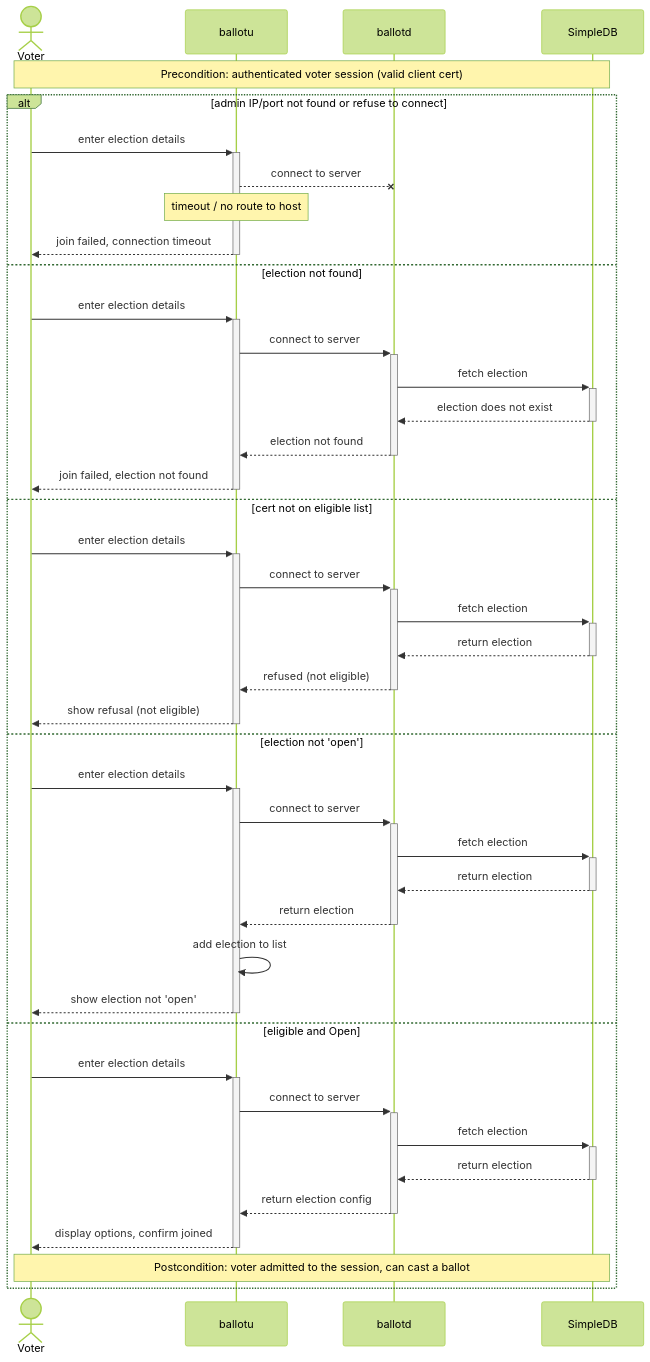
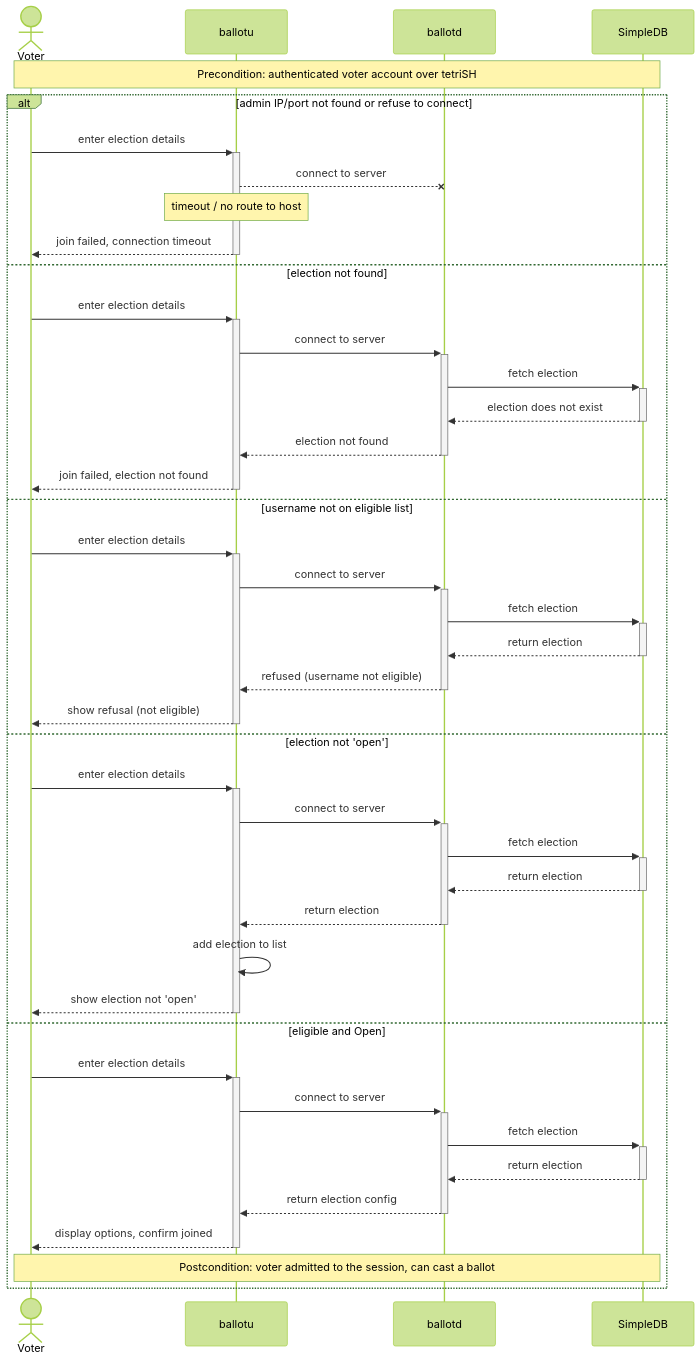
The third of 11 diagrams in README.md (JediNakDev/ballotbox), drawn with Mermaid (forest theme) before and after one commit. The commit also changed other lines of this file and 7 other files, not shown here.

````diff
--- a/README.md
+++ b/README.md
@@ -139,46 +150,46 @@
 ```mermaid
 sequenceDiagram
     actor Voter
     participant ballotu
     participant ballotd
     participant SimpleDB
 
-    note over Voter, SimpleDB: Precondition: authenticated voter session (valid client cert)
+    note over Voter, SimpleDB: Precondition: authenticated voter account over tetriSH
 
     alt admin IP/port not found or refuse to connect
         Voter->>+ballotu: enter election details
         ballotu--xballotd: connect to server
         note over ballotu: timeout / no route to host
         ballotu-->>-Voter: join failed, connection timeout
     else election not found
         Voter->>+ballotu: enter election details
         ballotu->>+ballotd: connect to server
         ballotd->>+SimpleDB: fetch election
         SimpleDB-->>-ballotd: election does not exist
         ballotd-->>-ballotu: election not found
         ballotu-->>-Voter: join failed, election not found
-    else cert not on eligible list
+    else username not on eligible list
         Voter->>+ballotu: enter election details
         ballotu->>+ballotd: connect to server
         ballotd->>+SimpleDB: fetch election
         SimpleDB-->>-ballotd: return election
-        ballotd-->>-ballotu: refused (not eligible)
+        ballotd-->>-ballotu: refused (username not eligible)
         ballotu-->>-Voter: show refusal (not eligible)
     else election not 'open'
         Voter->>+ballotu: enter election details
         ballotu->>+ballotd: connect to server
         ballotd->>+SimpleDB: fetch election
         SimpleDB-->>-ballotd: return election
         ballotd-->>-ballotu: return election
         ballotu->>ballotu: add election to list
         ballotu-->>-Voter: show election not 'open'
     else eligible and Open
         Voter->>+ballotu: enter election details
         ballotu->>+ballotd: connect to server
         ballotd->>+SimpleDB: fetch election
         SimpleDB-->>-ballotd: return election
         ballotd-->>-ballotu: return election config
         ballotu-->>-Voter: display options, confirm joined
         note over Voter,SimpleDB: Postcondition: voter admitted to the session, can cast a ballot
     end
 ```
````
